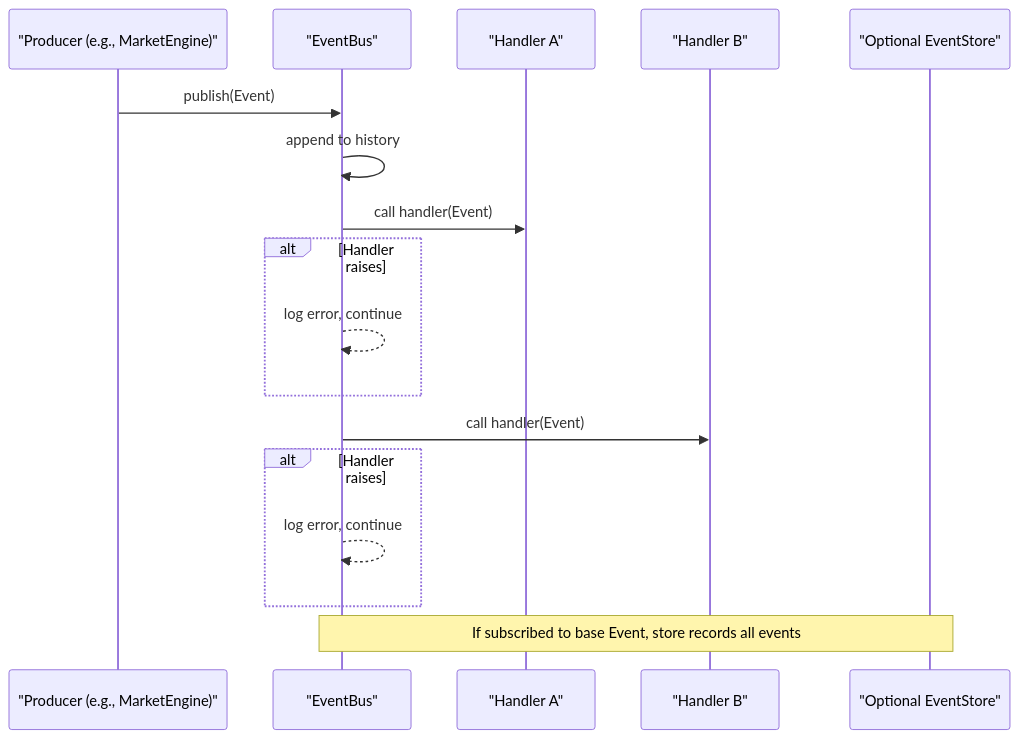
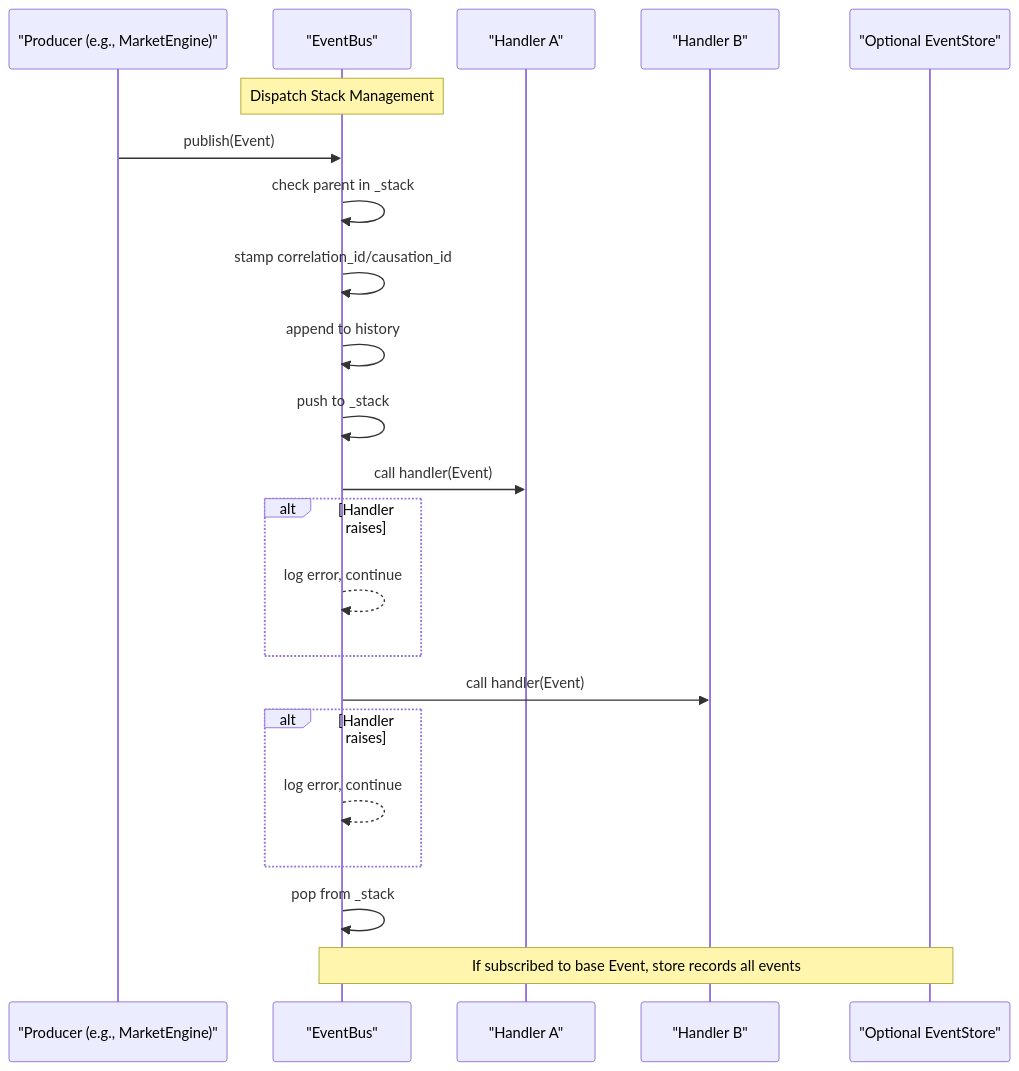
One commit to Ganesh-Kusundal/nTrade changed the second of 11 diagrams in .qoder/repowiki/en/content/Trading Kernel/Event Bus System.md. Above: the diagram before and after it, drawn with Mermaid. The commit also changed other lines of this file and 203 other files, not shown here.

````diff
--- a/.qoder/repowiki/en/content/Trading Kernel/Event Bus System.md
+++ b/.qoder/repowiki/en/content/Trading Kernel/Event Bus System.md
@@ -109,19 +130,24 @@
 ```mermaid
 sequenceDiagram
 participant Producer as "Producer (e.g., MarketEngine)"
 participant Bus as "EventBus"
 participant H1 as "Handler A"
 participant H2 as "Handler B"
 participant Store as "Optional EventStore"
+Note over Bus : Dispatch Stack Management
 Producer->>Bus : publish(Event)
+Bus->>Bus : check parent in _stack
+Bus->>Bus : stamp correlation_id/causation_id
 Bus->>Bus : append to history
+Bus->>Bus : push to _stack
 Bus->>H1 : call handler(Event)
 alt Handler raises
 Bus-->>Bus : log error, continue
 end
 Bus->>H2 : call handler(Event)
 alt Handler raises
 Bus-->>Bus : log error, continue
 end
+Bus->>Bus : pop from _stack
 Note over Bus,Store : If subscribed to base Event, store records all events
 ```
````
